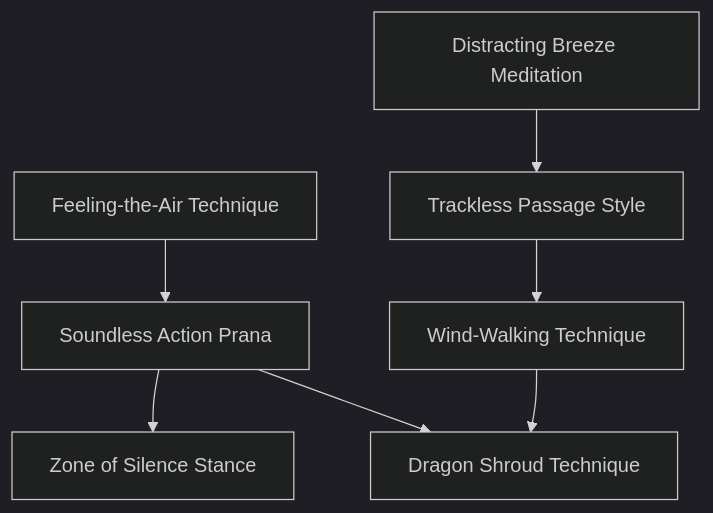
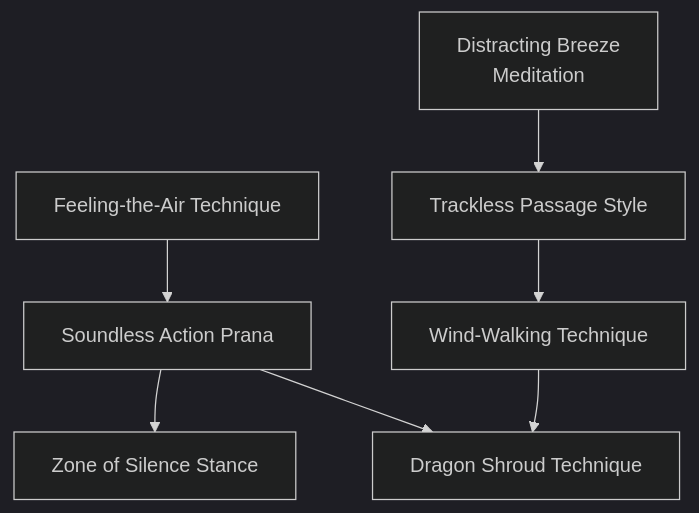
Before and after one commit to jrobichaud/exalted-charms-1e: the diagram in docs/mermaid/dragon_blooded/air_stealth_1.mmd, drawn with Mermaid. The commit also changed 11 other files, not shown here.

```diff
--- a/docs/mermaid/dragon_blooded/air_stealth_1.mmd
+++ b/docs/mermaid/dragon_blooded/air_stealth_1.mmd
@@ -96,7 +96,7 @@
         Zone of Silence moves with the character.
         "
 
-    distracting_breeze_meditation[Distracting Breeze Meditation]
+    distracting_breeze_meditation[Distracting Breeze<br>Meditation]
     click distracting_breeze_meditation callback "
         Distracting Breeze Meditation<br>
         <br>
```
